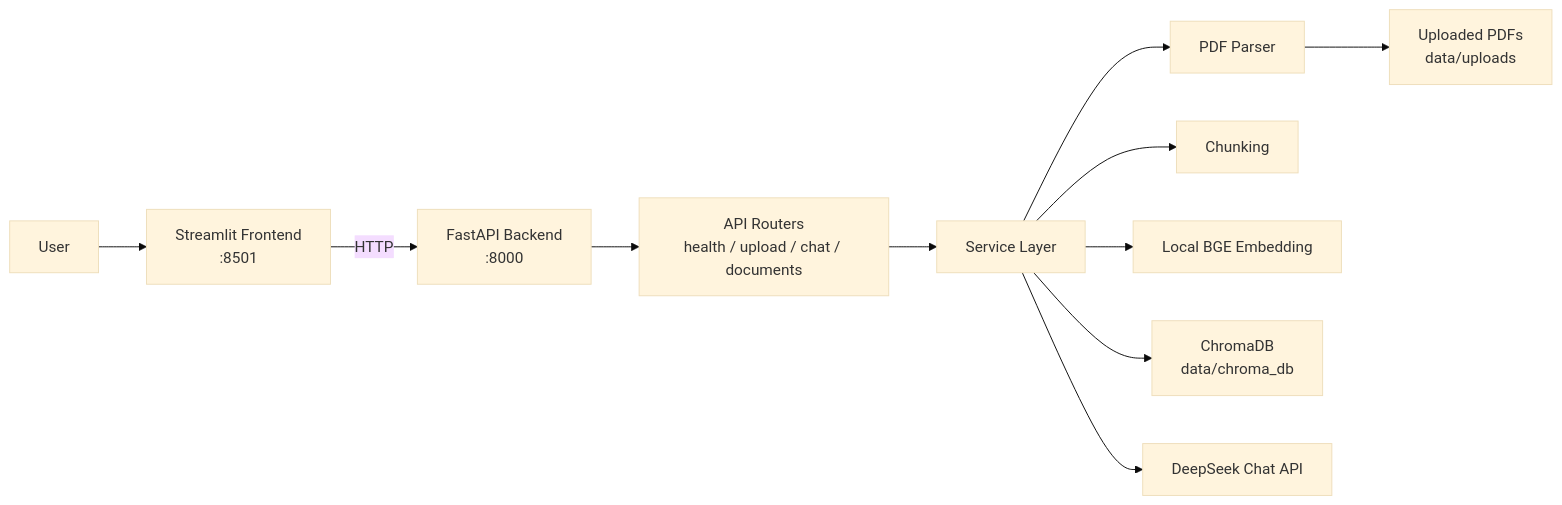
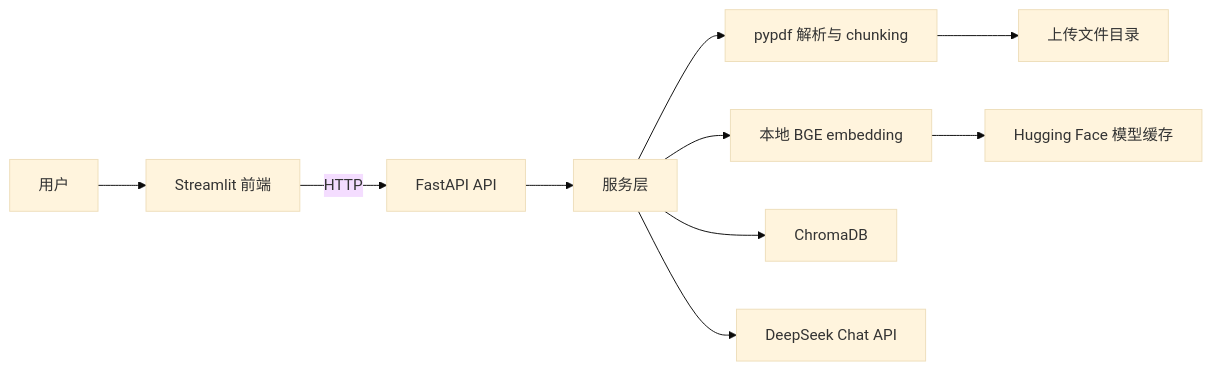
Before and after one commit to raynegao/StudyMate-RAG: the first of 3 diagrams in docs/architecture.md, drawn with Mermaid (base theme). The commit also changed other lines of this file and 11 other files, not shown here.

````diff
--- a/docs/architecture.md
+++ b/docs/architecture.md
@@ -11,13 +9,12 @@
 ```mermaid
 flowchart LR
-    U["User"] --> F["Streamlit Frontend<br/>:8501"]
-    F -->|"HTTP"| A["FastAPI Backend<br/>:8000"]
-    A --> API["API Routers<br/>health / upload / chat / documents"]
-    API --> S["Service Layer"]
-    S --> P["PDF Parser"]
-    S --> C["Chunking"]
-    S --> E["Local BGE Embedding"]
-    S --> V["ChromaDB<br/>data/chroma_db"]
+    U["用户"] --> F["Streamlit 前端"]
+    F -->|HTTP| A["FastAPI API"]
+    A --> S["服务层"]
+    S --> P["pypdf 解析与 chunking"]
+    S --> E["本地 BGE embedding"]
+    S --> V["ChromaDB"]
     S --> L["DeepSeek Chat API"]
-    P --> D["Uploaded PDFs<br/>data/uploads"]
+    P --> D["上传文件目录"]
+    E --> H["Hugging Face 模型缓存"]
 ```
````
